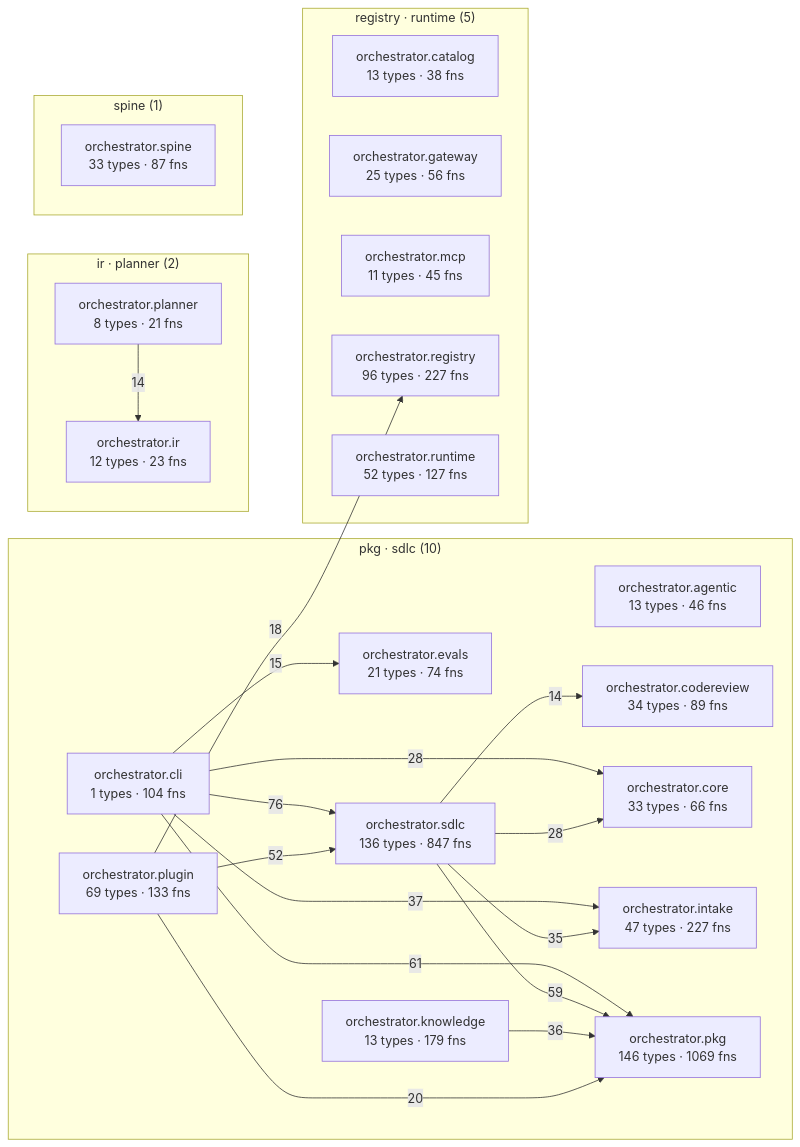
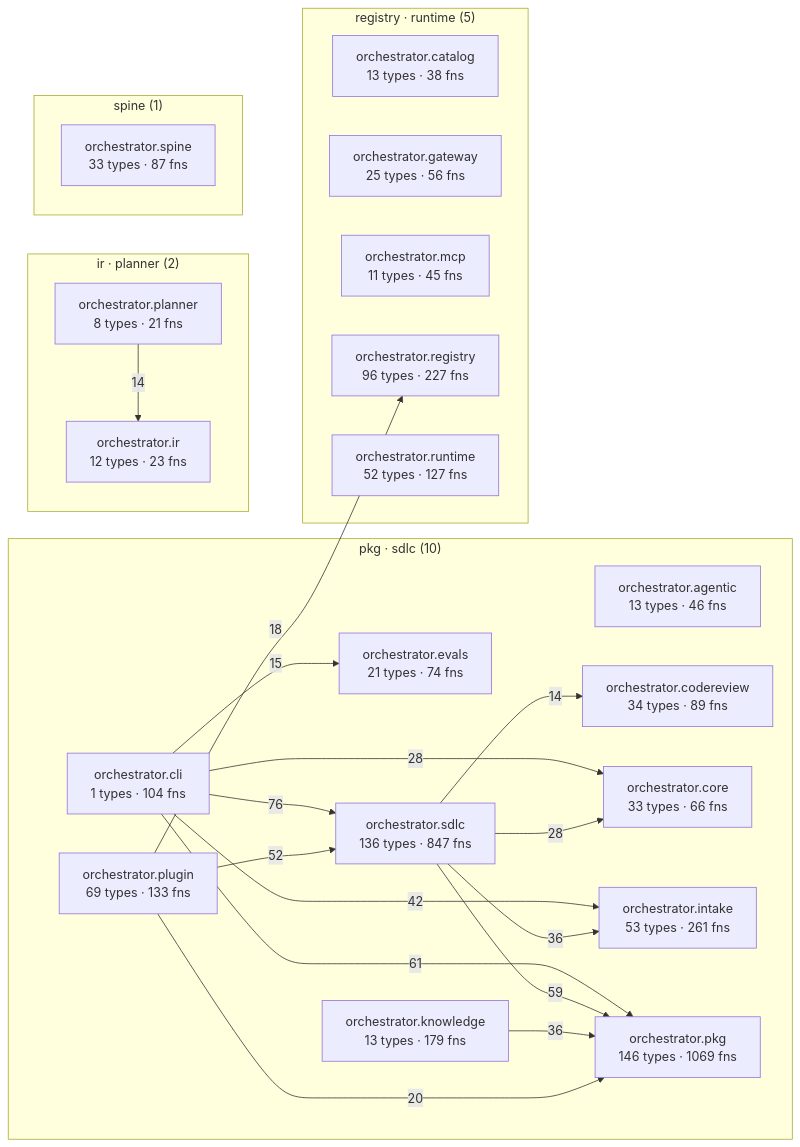
Before and after one commit to palakupadhyay23/spine: the diagram in episteme/architecture.md, drawn with Mermaid. The commit also changed other lines of this file and 23 other files, not shown here.

````diff
--- a/episteme/architecture.md
+++ b/episteme/architecture.md
@@ -54,43 +55,43 @@
 ```mermaid
 flowchart LR
   subgraph c_2["pkg · sdlc (10)"]
     aorchestratoragentic["orchestrator.agentic<br/>13 types · 46 fns"]
     aorchestratorcli["orchestrator.cli<br/>1 types · 104 fns"]
     aorchestratorcodereview["orchestrator.codereview<br/>34 types · 89 fns"]
     aorchestratorcore["orchestrator.core<br/>33 types · 66 fns"]
     aorchestratorevals["orchestrator.evals<br/>21 types · 74 fns"]
-    aorchestratorintake["orchestrator.intake<br/>47 types · 227 fns"]
+    aorchestratorintake["orchestrator.intake<br/>53 types · 261 fns"]
     aorchestratorknowledge["orchestrator.knowledge<br/>13 types · 179 fns"]
     aorchestratorpkg["orchestrator.pkg<br/>146 types · 1069 fns"]
     aorchestratorplugin["orchestrator.plugin<br/>69 types · 133 fns"]
     aorchestratorsdlc["orchestrator.sdlc<br/>136 types · 847 fns"]
   end
   subgraph c_4["registry · runtime (5)"]
     aorchestratorcatalog["orchestrator.catalog<br/>13 types · 38 fns"]
     aorchestratorgateway["orchestrator.gateway<br/>25 types · 56 fns"]
     aorchestratormcp["orchestrator.mcp<br/>11 types · 45 fns"]
     aorchestratorregistry["orchestrator.registry<br/>96 types · 227 fns"]
     aorchestratorruntime["orchestrator.runtime<br/>52 types · 127 fns"]
   end
   subgraph c_7["ir · planner (2)"]
     aorchestratorir["orchestrator.ir<br/>12 types · 23 fns"]
     aorchestratorplanner["orchestrator.planner<br/>8 types · 21 fns"]
   end
   subgraph c_12["spine (1)"]
     aorchestratorspine["orchestrator.spine<br/>33 types · 87 fns"]
   end
   aorchestratorcli -->|76| aorchestratorsdlc
   aorchestratorcli -->|61| aorchestratorpkg
   aorchestratorsdlc -->|59| aorchestratorpkg
   aorchestratorplugin -->|52| aorchestratorsdlc
-  aorchestratorcli -->|37| aorchestratorintake
+  aorchestratorcli -->|42| aorchestratorintake
   aorchestratorknowledge -->|36| aorchestratorpkg
-  aorchestratorsdlc -->|35| aorchestratorintake
+  aorchestratorsdlc -->|36| aorchestratorintake
   aorchestratorcli -->|28| aorchestratorcore
   aorchestratorsdlc -->|28| aorchestratorcore
   aorchestratorplugin -->|20| aorchestratorpkg
   aorchestratorplugin -->|18| aorchestratorregistry
   aorchestratorcli -->|15| aorchestratorevals
   aorchestratorplanner -->|14| aorchestratorir
   aorchestratorsdlc -->|14| aorchestratorcodereview
 ```
````
